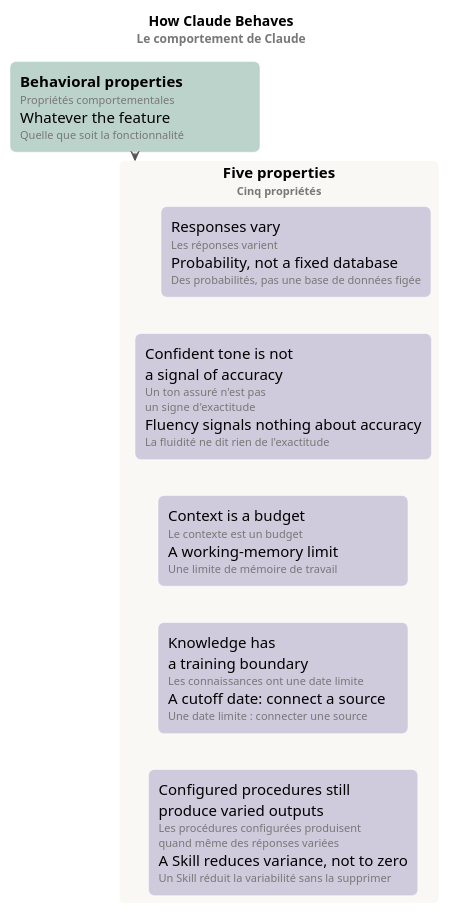
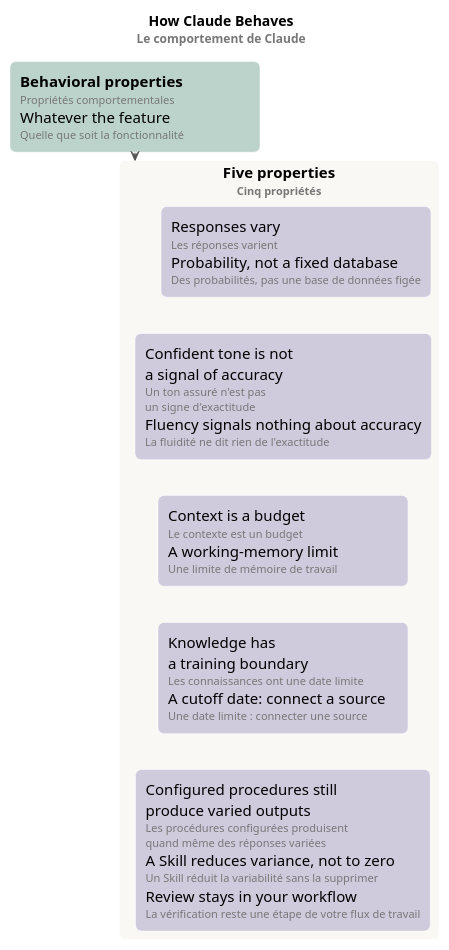
The diagram in 03-claude-platform-and-model-foundations/mindmap/behavioral-properties.puml (ltruchot/anthropic-academy-ai-glossary), drawn with PlantUML before and after one commit. The commit also changed 19 other files, not shown here.

```diff
--- a/03-claude-platform-and-model-foundations/mindmap/behavioral-properties.puml
+++ b/03-claude-platform-and-model-foundations/mindmap/behavioral-properties.puml
@@ -1,40 +1,40 @@
 @startuml behavioral-properties
 ' Render: java -jar plantuml.jar -tsvg behavioral-properties.puml (smetana: no Graphviz needed).
 !pragma layout smetana
 
 skinparam defaultFontName Helvetica
 skinparam shadowing false
 skinparam roundCorner 12
 skinparam ArrowColor #555555
 skinparam rectangle {
   BorderColor #FFFFFF
   FontSize 15
 }
 <style>
 rectangle {
   MinimumWidth 230
 }
 </style>
 
 title How Claude Behaves\n<size:12><color:#777>Le comportement de Claude</color></size>
 
 rectangle "**Behavioral properties**\n<size:11><color:#777>Propriétés comportementales</color></size>\nWhatever the feature\n<size:11><color:#777>Quelle que soit la fonctionnalité</color></size>" as BP #BCD3CB
 
 rectangle "**Five properties**\n<size:11><color:#777>Cinq propriétés</color></size>" as FIVE #F9F8F4 {
   rectangle "Responses vary\n<size:11><color:#777>Les réponses varient</color></size>\nProbability, not a fixed database\n<size:11><color:#777>Des probabilités, pas une base de données figée</color></size>" as RV #CFCBDD
   rectangle "Confident tone is not\na signal of accuracy\n<size:11><color:#777>Un ton assuré n'est pas</color></size>\n<size:11><color:#777>un signe d'exactitude</color></size>\nFluency signals nothing about accuracy\n<size:11><color:#777>La fluidité ne dit rien de l'exactitude</color></size>" as CT #CFCBDD
   rectangle "Context is a budget\n<size:11><color:#777>Le contexte est un budget</color></size>\nA working-memory limit\n<size:11><color:#777>Une limite de mémoire de travail</color></size>" as CB #CFCBDD
   rectangle "Knowledge has\na training boundary\n<size:11><color:#777>Les connaissances ont une date limite</color></size>\nA cutoff date: connect a source\n<size:11><color:#777>Une date limite : connecter une source</color></size>" as KB #CFCBDD
-  rectangle "Configured procedures still\nproduce varied outputs\n<size:11><color:#777>Les procédures configurées produisent</color></size>\n<size:11><color:#777>quand même des réponses variées</color></size>\nA Skill reduces variance, not to zero\n<size:11><color:#777>Un Skill réduit la variabilité sans la supprimer</color></size>" as CP #CFCBDD
+  rectangle "Configured procedures still\nproduce varied outputs\n<size:11><color:#777>Les procédures configurées produisent</color></size>\n<size:11><color:#777>quand même des réponses variées</color></size>\nA Skill reduces variance, not to zero\n<size:11><color:#777>Un Skill réduit la variabilité sans la supprimer</color></size>\nReview stays in your workflow\n<size:11><color:#777>La vérification reste une étape de votre flux de travail</color></size>" as CP #CFCBDD
 }
 
 
 ' The course's order, top to bottom.
 RV -[hidden]down- CT
 CT -[hidden]down- CB
 CB -[hidden]down- KB
 KB -[hidden]down- CP
 
 BP --> FIVE
 
 @enduml
```
